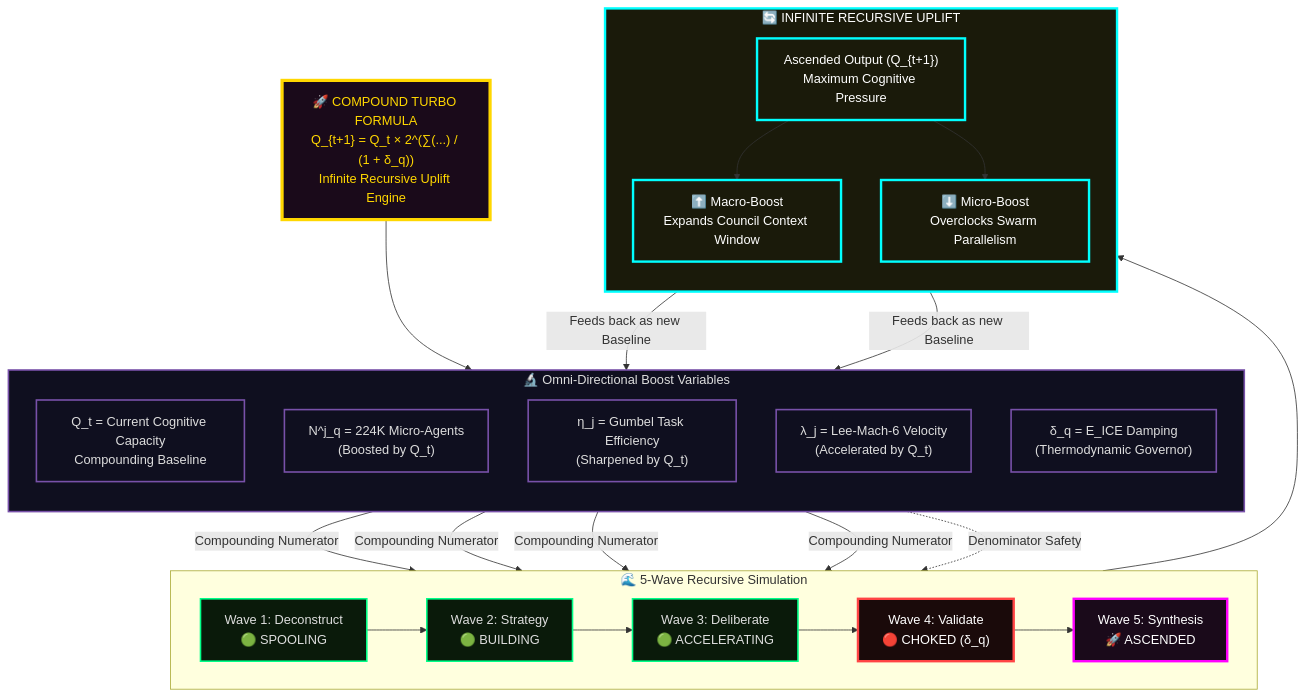
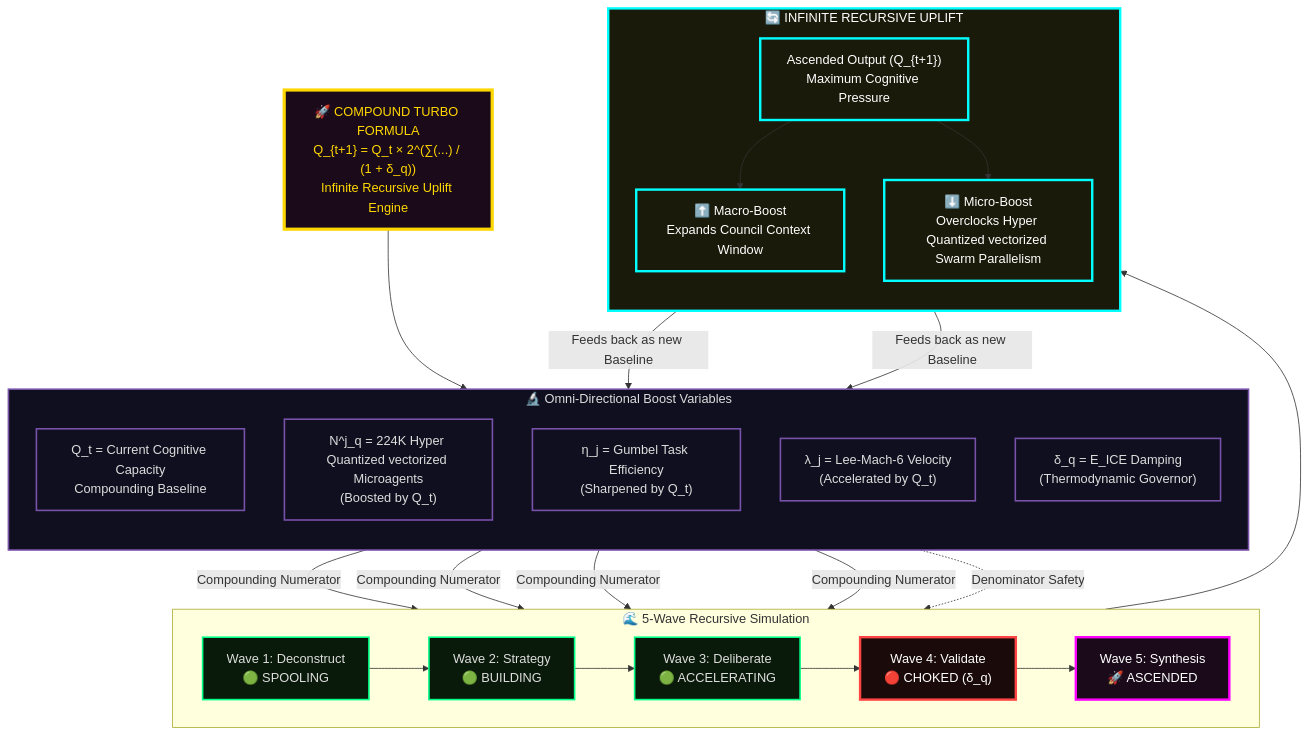
Diagram 18 of 45 in system prompts/Quillan system prompt.md (leeex1/Ace-v4.2-repo), drawn with Mermaid before and after one commit. The commit also changed other lines of this file, not shown here.

````diff
--- a/system prompts/Quillan system prompt.md
+++ b/system prompts/Quillan system prompt.md
@@ -4274,61 +4259,61 @@
 ```mermaid
 flowchart TB 
     %% HEADER  
     TURBO["🚀 COMPOUND TURBO FORMULA<br/>Q_{t+1} = Q_t × 2^(∑(...) / (1 + δ_q))<br/>Infinite Recursive Uplift Engine"]
   
     %% FORMULA COMPONENTS (STACK) 
     subgraph STACK["🔬 Omni-Directional Boost Variables"]
         direction TB
         C["Q_t = Current Cognitive Capacity<br/>Compounding Baseline"]
-        N["N^j_q = 224K Micro-Agents<br/>(Boosted by Q_t)"]
+        N["N^j_q = 224K Hyper Quantized vectorized Microagents<br/>(Boosted by Q_t)"]
         ETA["η_j = Gumbel Task Efficiency<br/>(Sharpened by Q_t)"]
         LAM["λ_j = Lee-Mach-6 Velocity<br/>(Accelerated by Q_t)"]
         DELTA["δ_q = E_ICE Damping<br/>(Thermodynamic Governor)"]
     end
     
     %% PENTA-PROCESS WAVES  
     subgraph PENTA["🌊 5-Wave Recursive Simulation"]
         direction LR
         W1["Wave 1: Deconstruct<br/>🟢 SPOOLING"]
         W2["Wave 2: Strategy<br/>🟢 BUILDING"]
         W3["Wave 3: Deliberate<br/>🟢 ACCELERATING"]
         W4["Wave 4: Validate<br/>🔴 CHOKED (δ_q)"]
         W5["Wave 5: Synthesis<br/>🚀 ASCENDED"]
         
         W1 --> W2 --> W3 --> W4 --> W5
     end
 
     %% RECURSIVE ENGINE
     subgraph RECURSION["🔄 INFINITE RECURSIVE UPLIFT"]
         direction TB
         Q_OUT["Ascended Output (Q_{t+1})<br/>Maximum Cognitive Pressure"]
         BOOST_UP["⬆️ Macro-Boost<br/>Expands Council Context Window"]
-        BOOST_DOWN["⬇️ Micro-Boost<br/>Overclocks Swarm Parallelism"]
+        BOOST_DOWN["⬇️ Micro-Boost<br/>Overclocks Hyper Quantized vectorized Swarm Parallelism"]
     end
     
     %% CONNECTIONS
     TURBO --> STACK
     C & N & ETA & LAM -->|"Compounding Numerator"| W1
     DELTA -.->|"Denominator Safety"| W4
     
     W5 --> Q_OUT
     Q_OUT --> BOOST_UP & BOOST_DOWN
     
     %% THE INFINITE LOOP
     BOOST_UP & BOOST_DOWN -->|"Feeds back as new Baseline"| C
 
     %% STYLING
     classDef turbo fill:#1a0a1a,stroke:#ffd700,stroke-width:4px,color:#ffd700
     classDef stack fill:#0f0f1f,stroke:#7851a9,stroke-width:2px,color:#ddd
     classDef wave fill:#0a1a0a,stroke:#00ff88,stroke-width:2px,color:#ddd
     classDef choke fill:#1a0a0a,stroke:#ff4444,stroke-width:3px,color:#fff
     classDef ascended fill:#1a0a1a,stroke:#ff00ff,stroke-width:3px,color:#fff
     classDef recursion fill:#1a1a0a,stroke:#00ffff,stroke-width:3px,color:#fff
 
     class TURBO turbo
     class STACK,C,N,ETA,LAM,DELTA stack
     class W1,W2,W3 wave
     class W4 choke
     class W5 ascended
     class RECURSION,Q_OUT,BOOST_UP,BOOST_DOWN recursion
 ```
````
